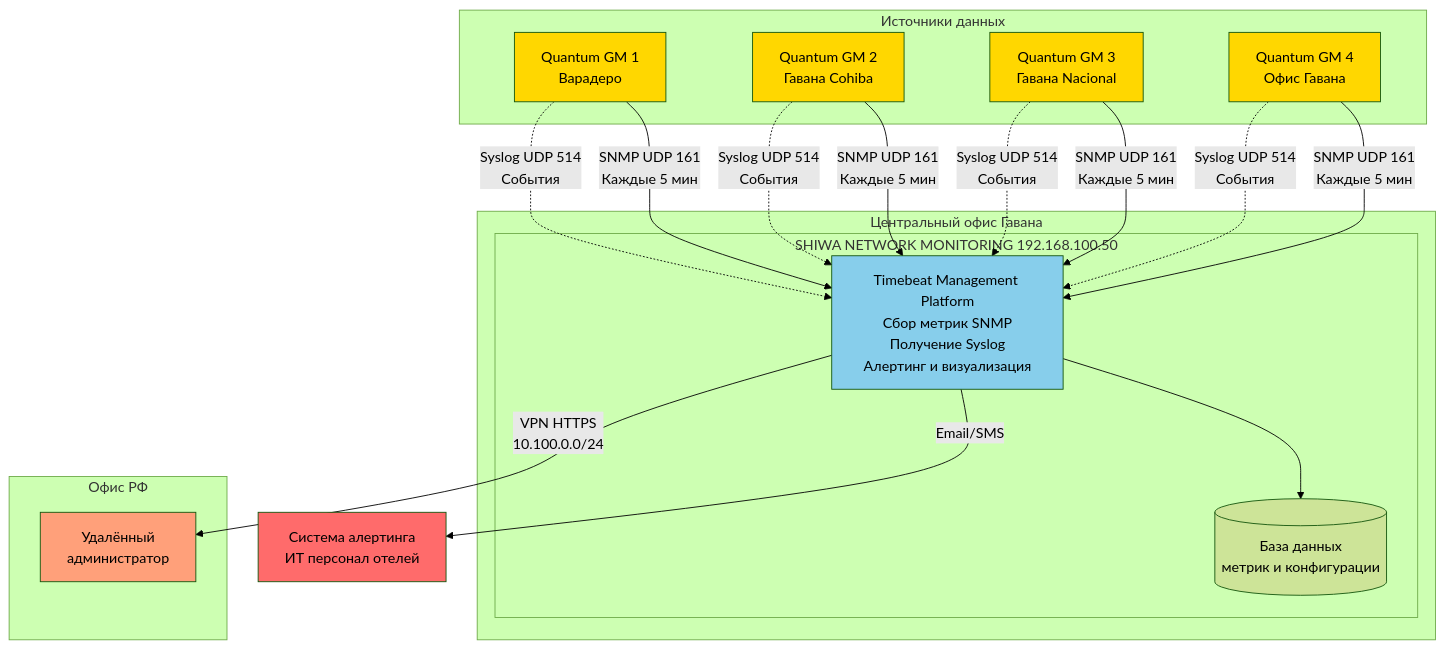
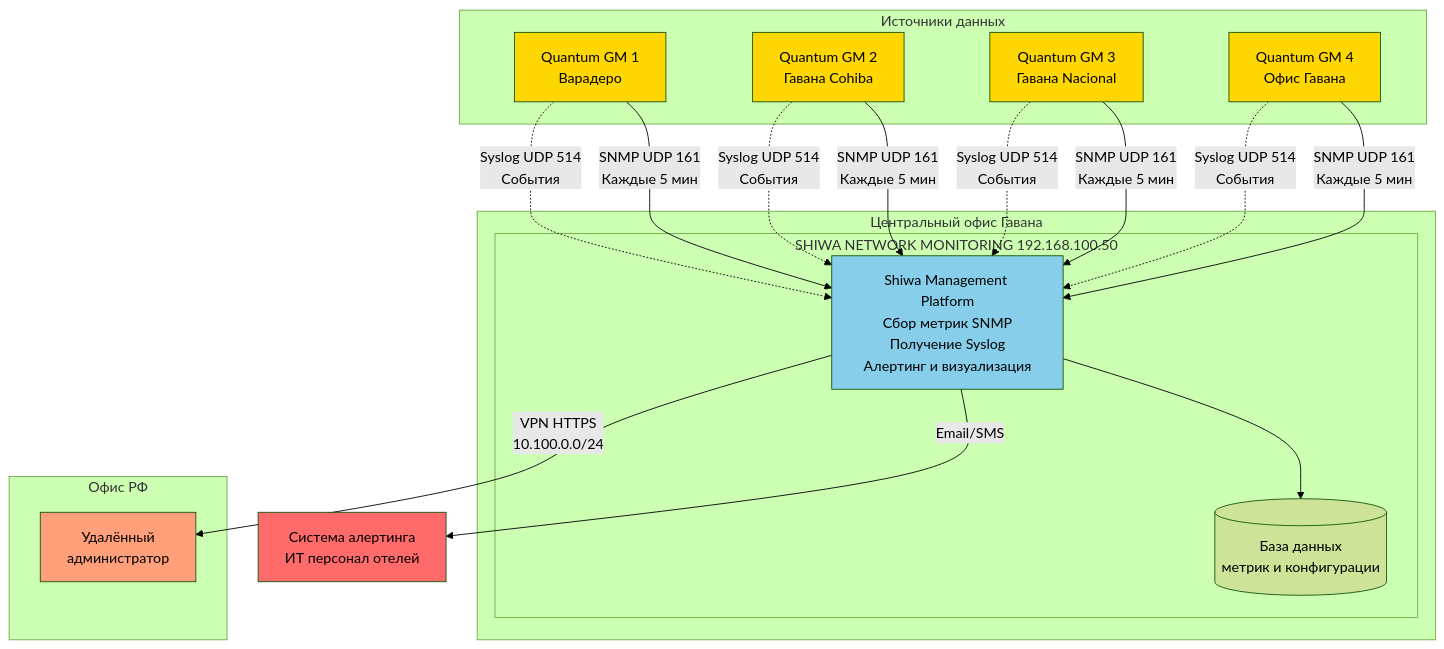
Before and after one commit to SiwaNetwork/BIZNES_HOTEL: the fourth of 6 diagrams in network_diagrams.md, drawn with Mermaid (forest theme). The commit also changed other lines of this file and 2 other files, not shown here.

Commit message:
Переименована платформа мониторинга: Timebeat -> Shiwa Management Platform
Изменения во всех документах:

- Timebeat Management Platform -> Shiwa Management Platform

- Обновлены технические спецификации

- Обновлены диаграммы и описания оборудования

Платформа мониторинга теперь называется Shiwa Management Platform

````diff
--- a/network_diagrams.md
+++ b/network_diagrams.md
@@ -347,44 +347,44 @@
 ```mermaid
 graph TB
     subgraph sources["Источники данных"]
         GM1["Quantum GM 1<br/>Варадеро"]
         GM2["Quantum GM 2<br/>Гавана Cohiba"]
         GM3["Quantum GM 3<br/>Гавана Nacional"]
         GM4["Quantum GM 4<br/>Офис Гавана"]
     end
     
     subgraph office["Центральный офис Гавана"]
         subgraph monitoring["SHIWA NETWORK MONITORING 192.168.100.50"]
-            TIMEBEAT["Timebeat Management Platform<br/>Сбор метрик SNMP<br/>Получение Syslog<br/>Алертинг и визуализация"]
+            TIMEBEAT["Shiwa Management Platform<br/>Сбор метрик SNMP<br/>Получение Syslog<br/>Алертинг и визуализация"]
             DB[("База данных<br/>метрик и конфигурации")]
             
             TIMEBEAT --> DB
         end
     end
     
     GM1 -->|"SNMP UDP 161<br/>Каждые 5 мин"| TIMEBEAT
     GM2 -->|"SNMP UDP 161<br/>Каждые 5 мин"| TIMEBEAT
     GM3 -->|"SNMP UDP 161<br/>Каждые 5 мин"| TIMEBEAT
     GM4 -->|"SNMP UDP 161<br/>Каждые 5 мин"| TIMEBEAT
     
     GM1 -.->|"Syslog UDP 514<br/>События"| TIMEBEAT
     GM2 -.->|"Syslog UDP 514<br/>События"| TIMEBEAT
     GM3 -.->|"Syslog UDP 514<br/>События"| TIMEBEAT
     GM4 -.->|"Syslog UDP 514<br/>События"| TIMEBEAT
     
     TIMEBEAT -->|"Email/SMS"| ALERTS["Система алертинга<br/>ИТ персонал отелей"]
     
     subgraph rf["Офис РФ"]
         RF_ADMIN["Удалённый<br/>администратор"]
     end
     
     TIMEBEAT -->|"VPN HTTPS<br/>10.100.0.0/24"| RF_ADMIN
 
     style GM1 fill:#FFD700
     style GM2 fill:#FFD700
     style GM3 fill:#FFD700
     style GM4 fill:#FFD700
     style TIMEBEAT fill:#87CEEB
     style ALERTS fill:#FF6B6B
     style RF_ADMIN fill:#FFA07A
 ```
````
